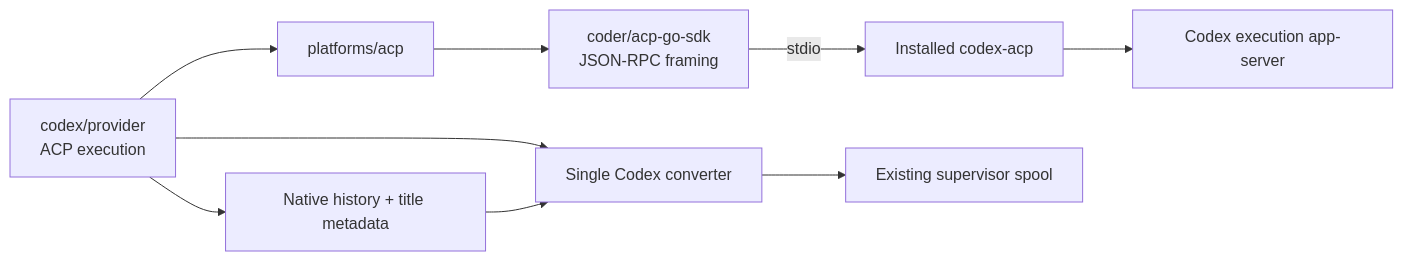
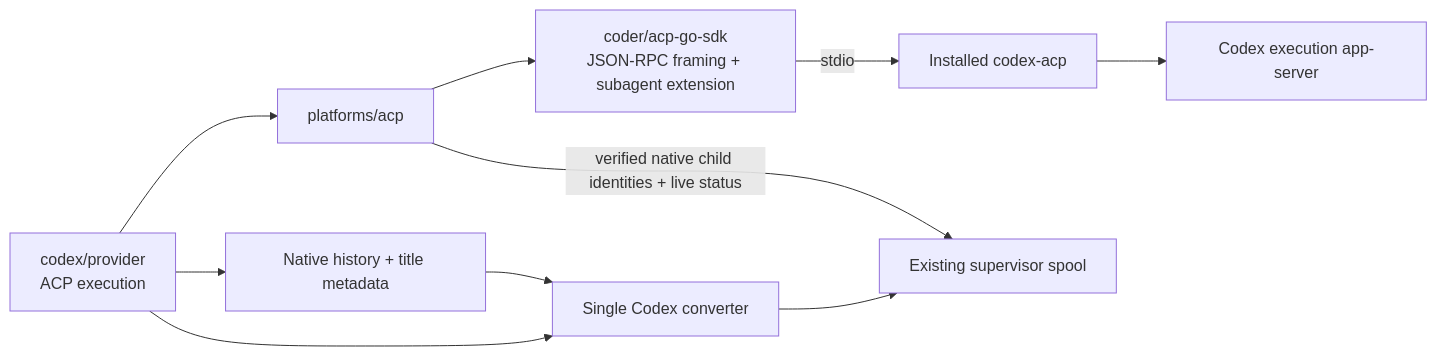
Diagram 17 of 21 in docs/other/architecture.md (ocman/ocman), drawn with Mermaid before and after one commit. The commit also changed other lines of this file and 18 other files, not shown here.

````diff
--- a/docs/other/architecture.md
+++ b/docs/other/architecture.md
@@ -1937,11 +1937,12 @@
 ```mermaid
 flowchart LR
     Executor[codex/provider<br/>ACP execution] --> ACP[platforms/acp]
-    ACP --> SDK[coder/acp-go-sdk<br/>JSON-RPC framing]
+    ACP --> SDK[coder/acp-go-sdk<br/>JSON-RPC framing + subagent extension]
     SDK -->|stdio| Adapter[Installed codex-acp]
     Adapter --> Writer[Codex execution app-server]
     Executor --> Reader[Native history + title metadata]
     Executor --> Converter[Single Codex converter]
     Reader --> Converter
     Converter --> Spool[Existing supervisor spool]
+    ACP -->|verified native child identities + live status| Spool
 ```
````
